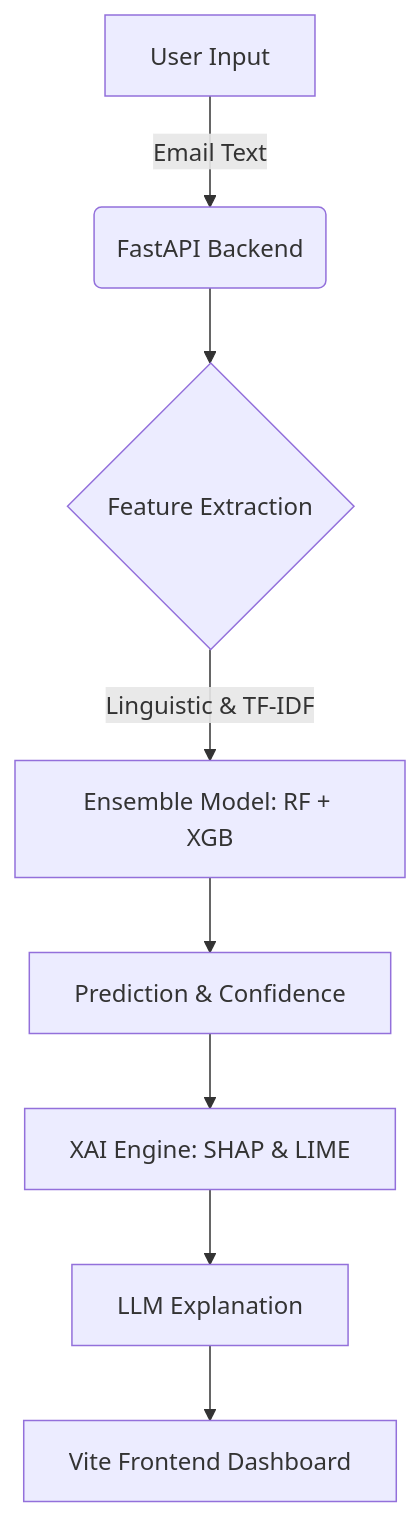
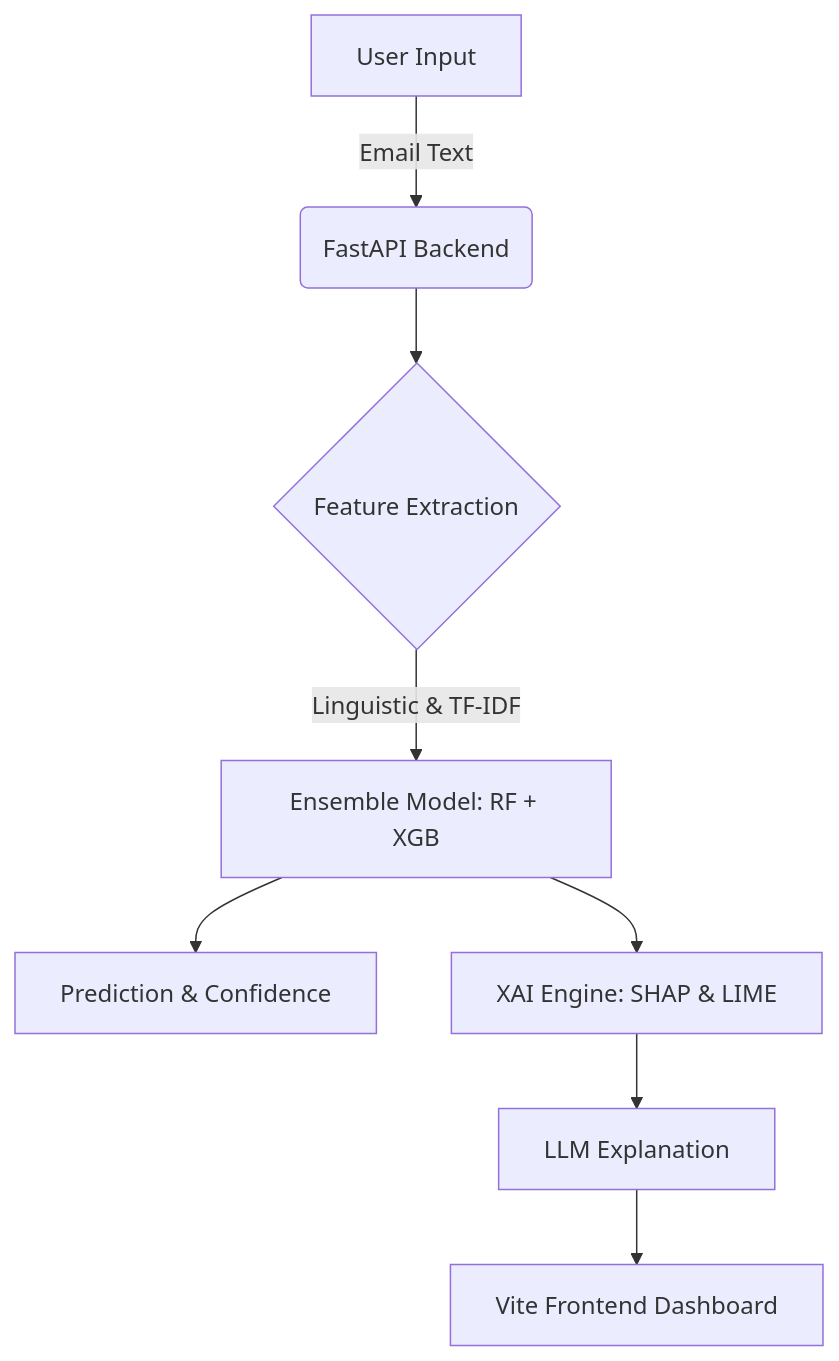
One commit to hashirch/PhishShield-XAI changed the diagram in README.md. Above: the diagram before and after it, drawn with Mermaid. The commit also changed other lines of this file, not shown here.

````diff
--- a/README.md
+++ b/README.md
@@ -24,10 +28,10 @@
 ```mermaid
 graph TD
     A[User Input] -->|Email Text| B(FastAPI Backend)
     B --> C{Feature Extraction}
     C -->|Linguistic & TF-IDF| D[Ensemble Model: RF + XGB]
     D --> E[Prediction & Confidence]
-    E --> F[XAI Engine: SHAP & LIME]
+    D --> F[XAI Engine: SHAP & LIME]
     F --> G[LLM Explanation]
     G --> H[Vite Frontend Dashboard]
 ```
````
